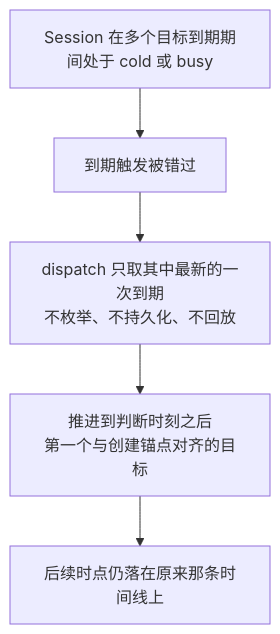
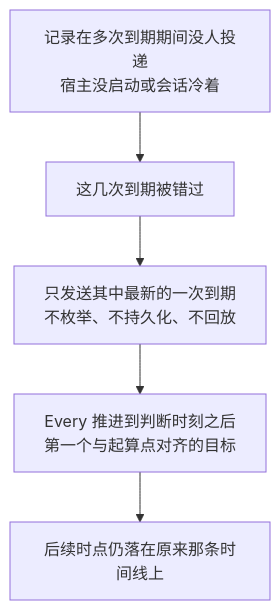
Before and after one commit to anthonyzhao-4926/blog: the first of 3 diagrams in dsh 插件开发学习/28-定时任务与目标推进.md, drawn with Mermaid. The commit also changed other lines of this file and 28 other files, not shown here.

````diff
--- a/dsh 插件开发学习/28-定时任务与目标推进.md
+++ b/dsh 插件开发学习/28-定时任务与目标推进.md
@@ -65,7 +67,7 @@
 ```mermaid
 flowchart TD
-    C["Session 在多个目标到期期间处于 cold 或 busy"] --> M["到期触发被错过"]
-    M --> D["dispatch 只取其中最新的一次到期<br/>不枚举、不持久化、不回放"]
-    D --> N["推进到判断时刻之后<br/>第一个与创建锚点对齐的目标"]
+    C["记录在多次到期期间没人投递<br/>宿主没启动或会话冷着"] --> M["这几次到期被错过"]
+    M --> D["只发送其中最新的一次到期<br/>不枚举、不持久化、不回放"]
+    D --> N["Every 推进到判断时刻之后<br/>第一个与起算点对齐的目标"]
     N --> S["后续时点仍落在原来那条时间线上"]
 ```
````
